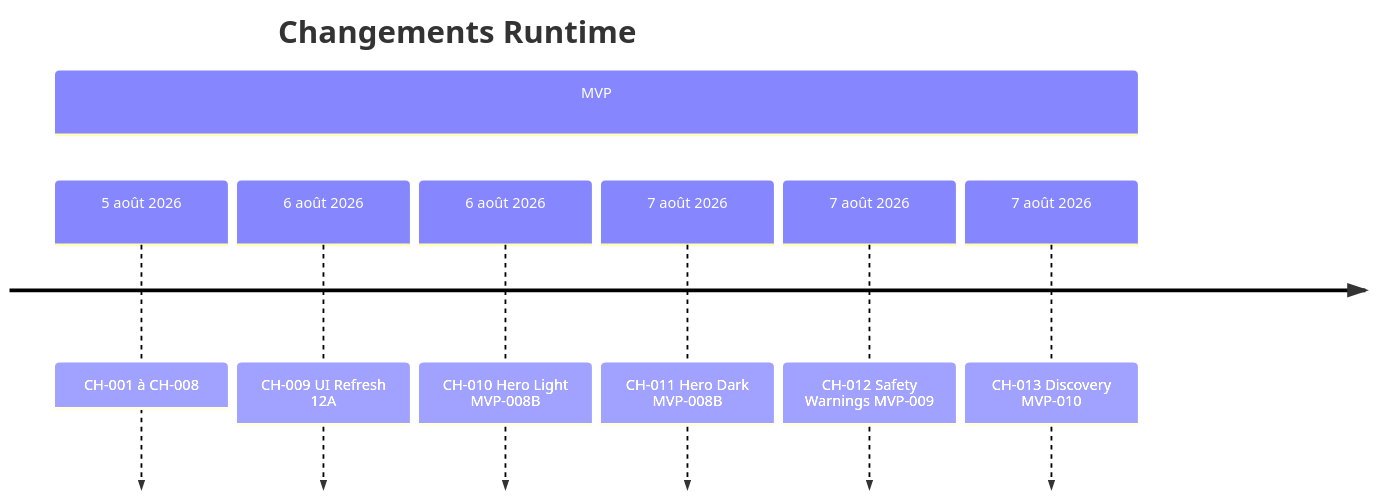
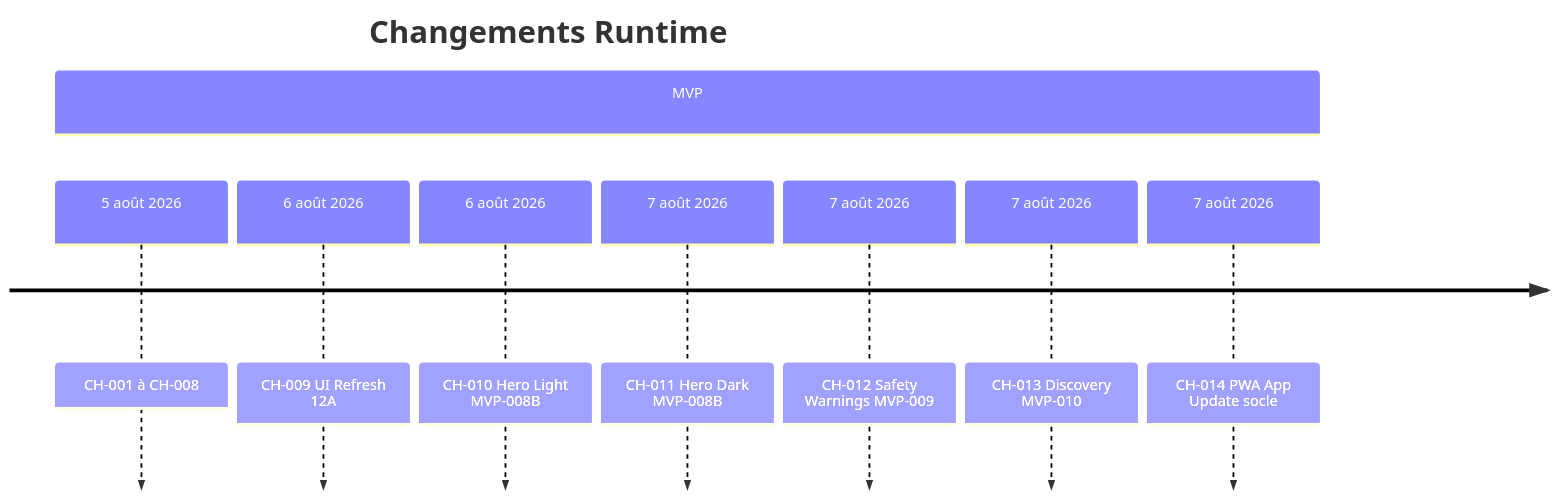
One commit to JavaChrist/Tai-Chi-AI-Coach changed the diagram in docs/runtime/17_CHANGE_HISTORY.md. Above: the diagram before and after it, drawn with Mermaid. The commit also changed other lines of this file and 27 other files, not shown here.

First line of the commit message:
feat(pwa): add standard app update flow

````diff
--- a/docs/runtime/17_CHANGE_HISTORY.md
+++ b/docs/runtime/17_CHANGE_HISTORY.md
@@ -48,11 +49,12 @@
 ```mermaid
 timeline
   title Changements Runtime
   section MVP
     5 août 2026 : CH-001 à CH-008
     6 août 2026 : CH-009 UI Refresh 12A
     6 août 2026 : CH-010 Hero Light MVP-008B
     7 août 2026 : CH-011 Hero Dark MVP-008B
     7 août 2026 : CH-012 Safety Warnings MVP-009
     7 août 2026 : CH-013 Discovery MVP-010
+    7 août 2026 : CH-014 PWA App Update socle
 ```
````
